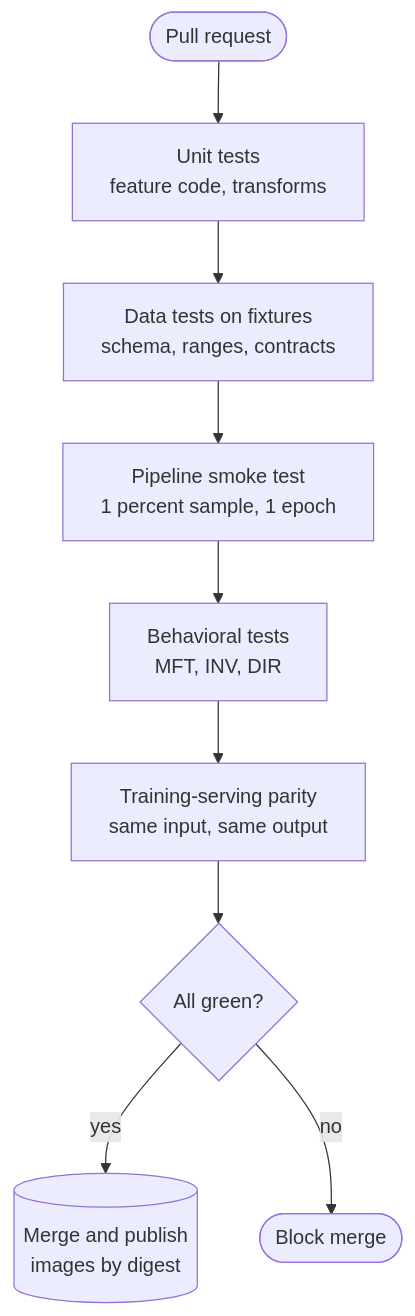
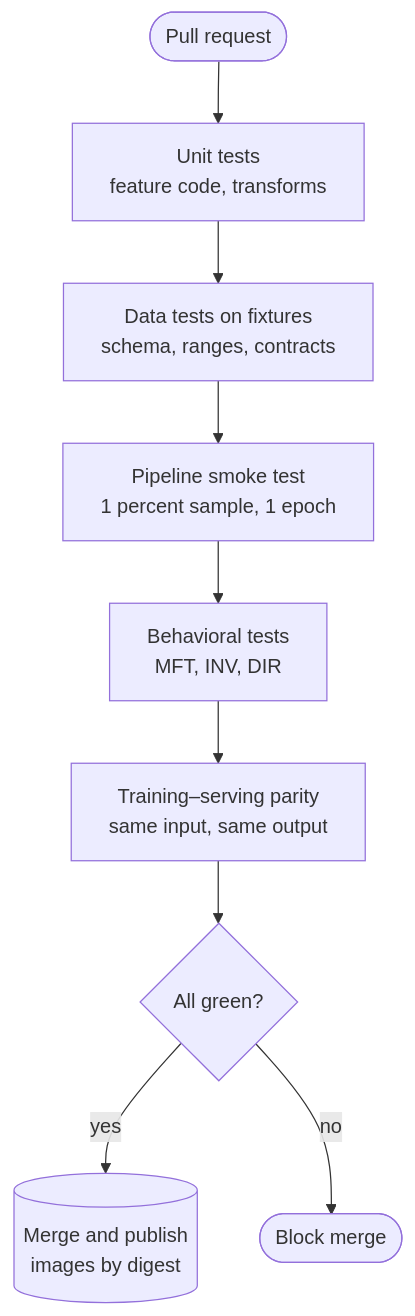
Before and after one commit to Sampath1-1-1/System-Design: the third of 15 diagrams in manuscript/book2-ml-ai/69-mlops.md, drawn with Mermaid. The commit also changed other lines of this file and 19 other files, not shown here.

````diff
--- a/manuscript/book2-ml-ai/69-mlops.md
+++ b/manuscript/book2-ml-ai/69-mlops.md
@@ -148,11 +148,11 @@
 ```mermaid
 flowchart TB
   PR([Pull request]) --> L1[Unit tests<br/>feature code, transforms]
   L1 --> L2[Data tests on fixtures<br/>schema, ranges, contracts]
   L2 --> L3[Pipeline smoke test<br/>1 percent sample, 1 epoch]
   L3 --> L4[Behavioral tests<br/>MFT, INV, DIR]
-  L4 --> L5[Training-serving parity<br/>same input, same output]
+  L4 --> L5[Training–serving parity<br/>same input, same output]
   L5 --> OK{All green?}
   OK -->|yes| MERGE[(Merge and publish<br/>images by digest)]
   OK -->|no| FIX([Block merge])
 ```
````
